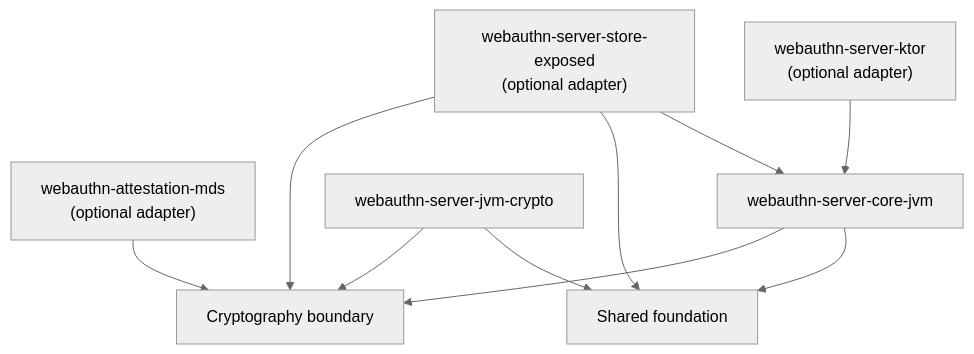
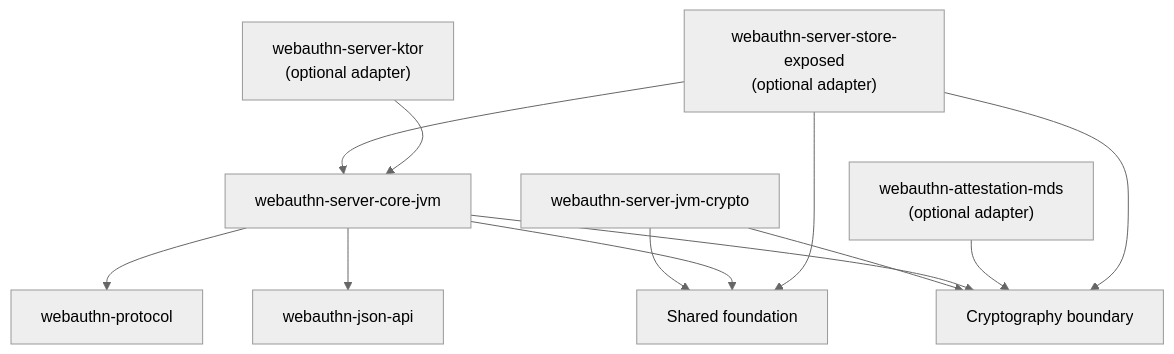
One commit to szijpeter/webauthn-kotlin-multiplatform changed the fourth of 4 diagrams in docs/architecture.md. Above: the diagram before and after it, drawn with Mermaid (neutral theme). The commit also changed other lines of this file and 69 other files, not shown here.

````diff
--- a/docs/architecture.md
+++ b/docs/architecture.md
@@ -141,24 +142,28 @@
 ```mermaid
 flowchart TB
     KTOR["webauthn-server-ktor<br/>(optional adapter)"]
     STORE["webauthn-server-store-exposed<br/>(optional adapter)"]
     MDS["webauthn-attestation-mds<br/>(optional adapter)"]
     SERVER_CORE["webauthn-server-core-jvm"]
+    PROTOCOL["webauthn-protocol"]
+    JSON_API["webauthn-json-api"]
     JVM_CRYPTO["webauthn-server-jvm-crypto"]
     FOUNDATION["Shared foundation"]
     CRYPTO["Cryptography boundary"]
 
     KTOR --> SERVER_CORE
 
     STORE --> SERVER_CORE
     STORE --> FOUNDATION
     STORE --> CRYPTO
 
     MDS --> CRYPTO
 
     SERVER_CORE --> FOUNDATION
+    SERVER_CORE --> PROTOCOL
+    SERVER_CORE --> JSON_API
     SERVER_CORE --> CRYPTO
 
     JVM_CRYPTO --> FOUNDATION
     JVM_CRYPTO --> CRYPTO
 ```
````
